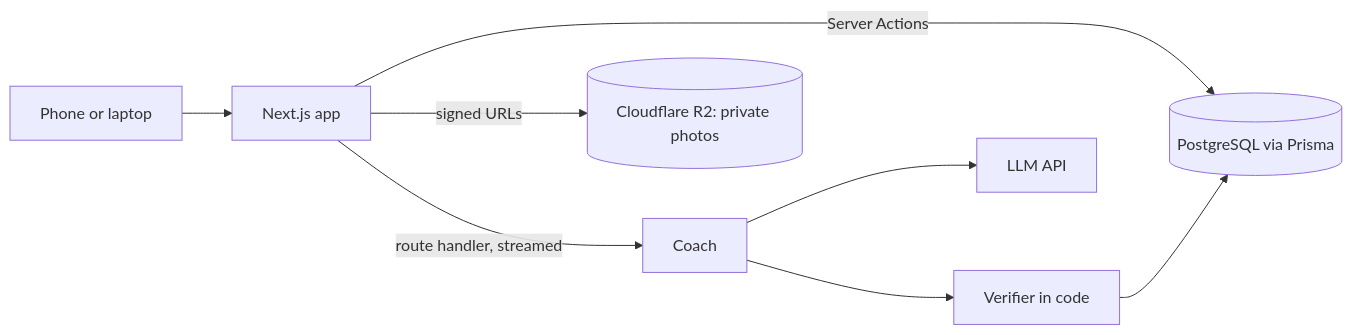
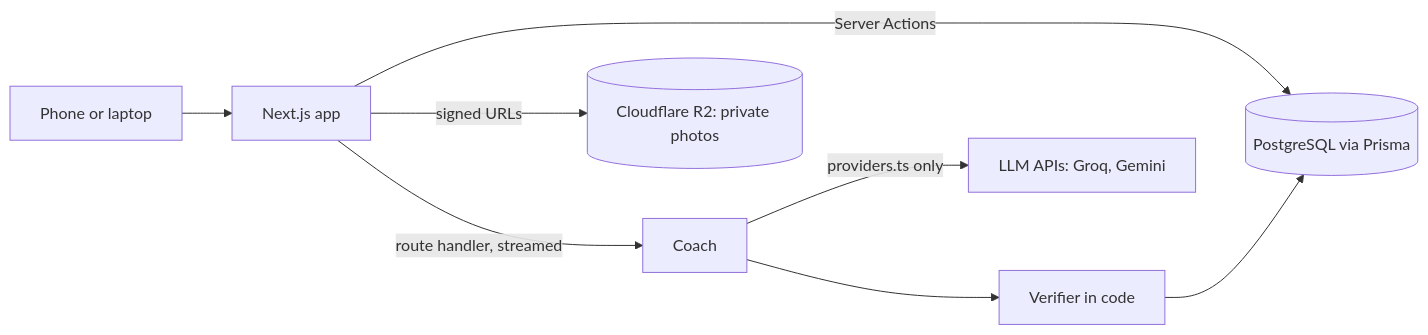
The diagram in docs/ARCHITECTURE.md (harunm1/FitnessCoach), drawn with Mermaid before and after one commit. The commit also changed other lines of this file, not shown here.

Commit message:
docs(architecture): coach section and new Testing section follow the 8 Nov review (Nabeegh's doc)

````diff
--- a/docs/ARCHITECTURE.md
+++ b/docs/ARCHITECTURE.md
@@ -15,10 +15,10 @@
 ```mermaid
 flowchart LR
   U[Phone or laptop] --> N[Next.js app]
   N -->|Server Actions| DB[(PostgreSQL via Prisma)]
   N -->|signed URLs| S[(Cloudflare R2: private photos)]
   N -->|route handler, streamed| C[Coach]
-  C --> L[LLM API]
+  C -->|providers.ts only| L[LLM APIs: Groq, Gemini]
   C --> V[Verifier in code]
   V --> DB
 ```
````
